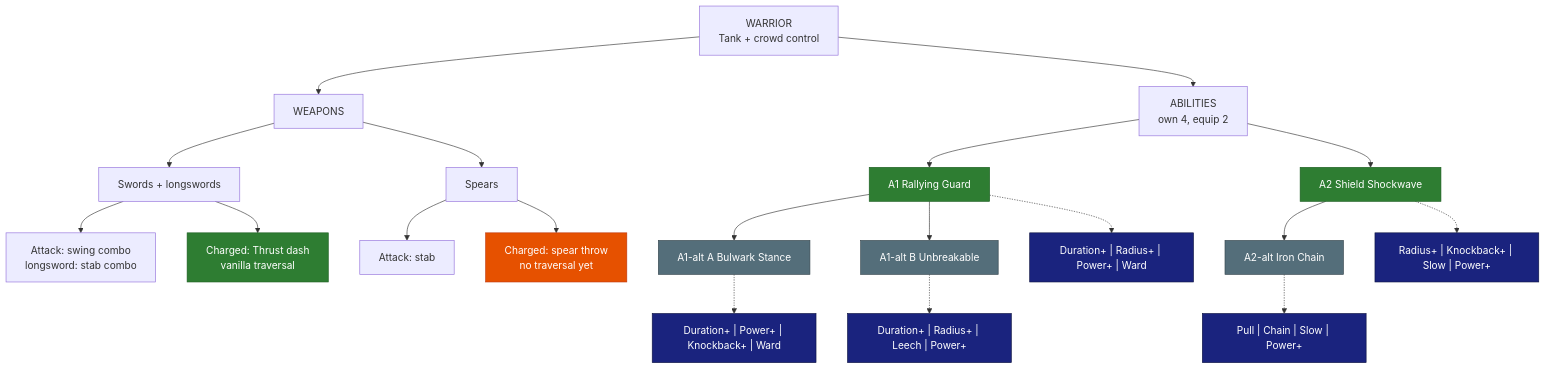
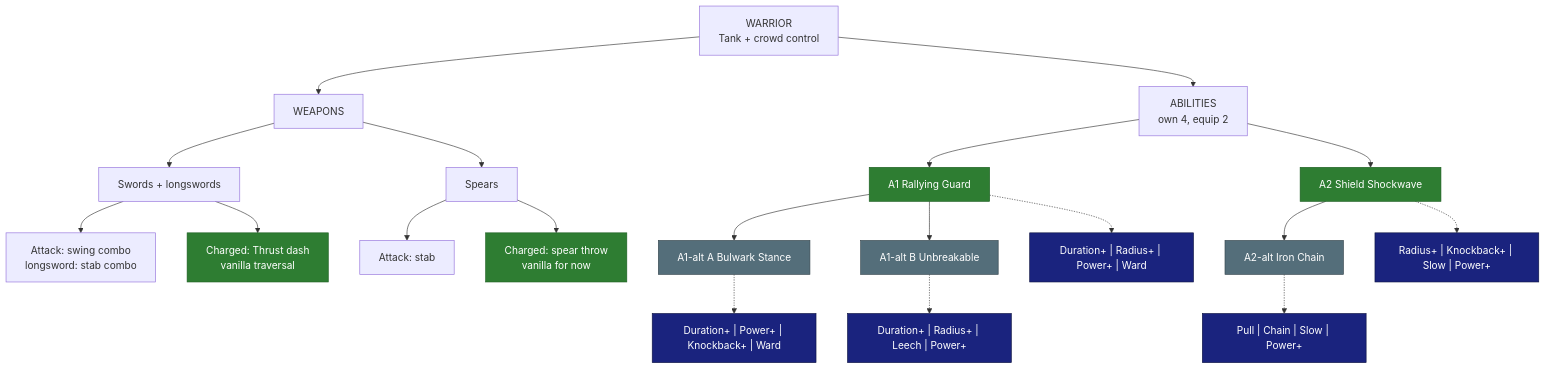
Before and after one commit to SkyyPlayz/SkyyWynnBlock: the diagram in research/classes/Warrior.md, drawn with Mermaid. The commit also changed other lines of this file and 15 other files, not shown here.

First line of the commit message:
Docs review fixes: rollback steps, honest test list, answered-later pointers, qa_append matches whole question; Skyy: traversals vanilla for now

````diff
--- a/research/classes/Warrior.md
+++ b/research/classes/Warrior.md
@@ -16,30 +16,29 @@
 ```mermaid
 flowchart TD
   CLS["WARRIOR<br/>Tank + crowd control"]
   CLS --> WPN["WEAPONS"]
   CLS --> ABL["ABILITIES<br/>own 4, equip 2"]
   WPN --> SW["Swords + longswords"]
   SW --> SWa["Attack: swing combo<br/>longsword: stab combo"]
   SW --> SWc["Charged: Thrust dash<br/>vanilla traversal"]
   WPN --> SP["Spears"]
   SP --> SPa["Attack: stab"]
-  SP --> SPc["Charged: spear throw<br/>no traversal yet"]
+  SP --> SPc["Charged: spear throw<br/>vanilla for now"]
   ABL --> A1["A1 Rallying Guard"]
   A1 --> A1A["A1-alt A Bulwark Stance"]
   A1 --> A1B["A1-alt B Unbreakable"]
   ABL --> A2["A2 Shield Shockwave"]
   A2 --> A2X["A2-alt Iron Chain"]
   A1 -.-> M1["Duration+ | Radius+ | Power+ | Ward"]
   A1A -.-> M2["Duration+ | Power+ | Knockback+ | Ward"]
   A1B -.-> M3["Duration+ | Radius+ | Leech | Power+"]
   A2 -.-> M4["Radius+ | Knockback+ | Slow | Power+"]
   A2X -.-> M5["Pull | Chain | Slow | Power+"]
   classDef locked fill:#2e7d32,color:#fff,stroke:#1b5e20
   classDef proposed fill:#546e7a,color:#fff,stroke:#37474f
   classDef open fill:#e65100,color:#fff,stroke:#bf360c
   classDef mods fill:#1a237e,color:#fff,stroke:#0d1442
-  class A1,A2,SWc locked
+  class A1,A2,SWc,SPc locked
   class A1A,A1B,A2X proposed
-  class SPc open
   class M1,M2,M3,M4,M5 mods
 ```
````
